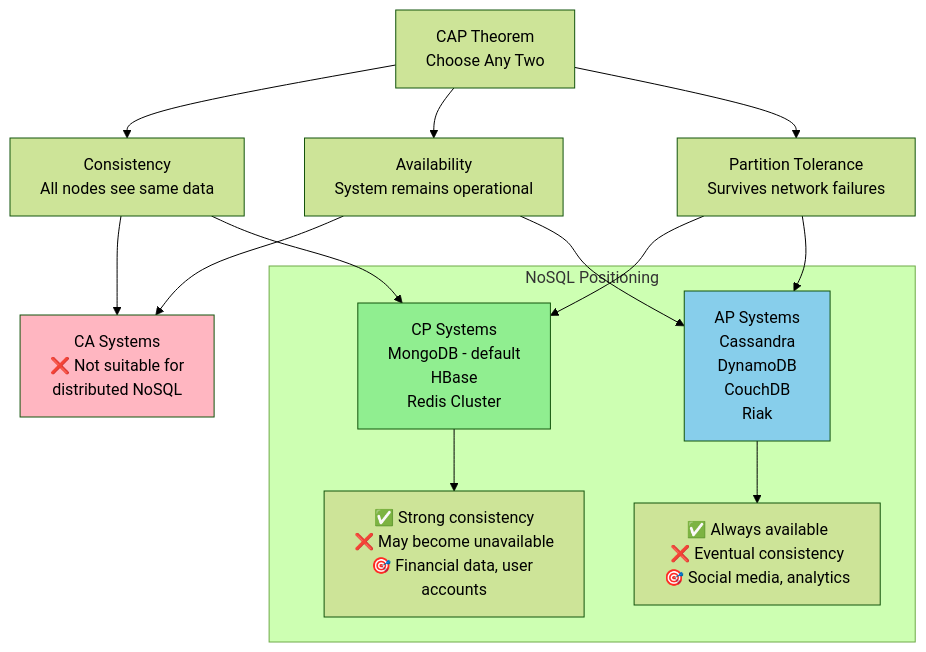
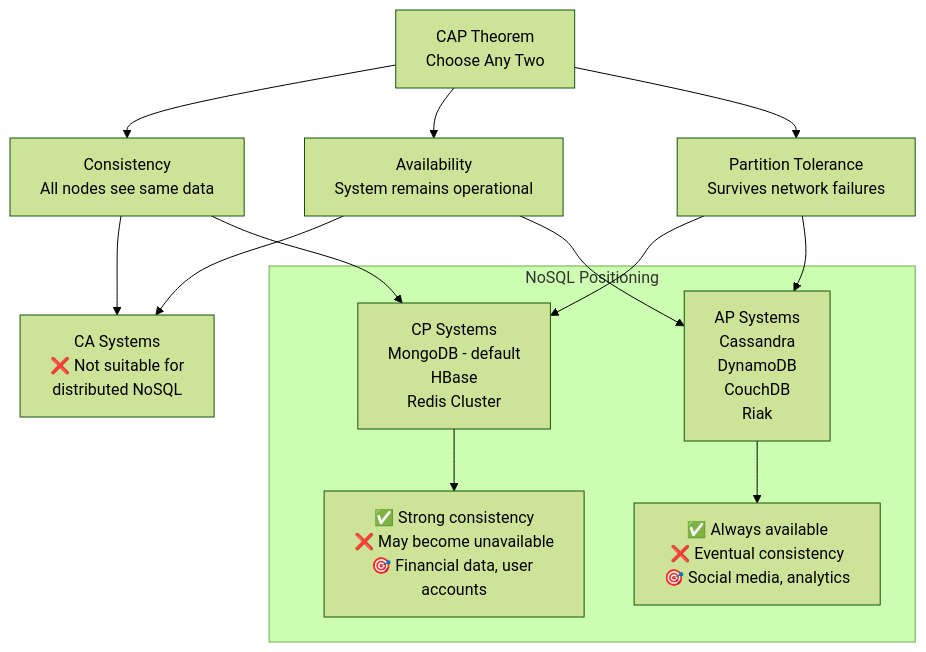
One commit to Ritahchanger/system_design changed diagram 11 of 15 in databases/docs/nosql.md. Above: the diagram before and after it, drawn with Mermaid (forest theme). The commit also changed other lines of this file and 5 other files, not shown here.

Commit message:
Updated visual diagrams and added readme for database case studies

````diff
--- a/databases/docs/nosql.md
+++ b/databases/docs/nosql.md
@@ -490,20 +468,18 @@
 ```mermaid
 graph TD
     CAP[CAP Theorem<br/>Choose Any Two] --> C[Consistency<br/>All nodes see same data]
     CAP --> A[Availability<br/>System remains operational]
     CAP --> P[Partition Tolerance<br/>Survives network failures]
     
     C & A --> CA[CA Systems<br/>❌ Not suitable for<br/>distributed NoSQL]
     C & P --> CP[CP Systems<br/>MongoDB - default<br/>HBase<br/>Redis Cluster]
     A & P --> AP[AP Systems<br/>Cassandra<br/>DynamoDB<br/>CouchDB<br/>Riak]
     
     subgraph "NoSQL Positioning"
         CP --> CPChar[✅ Strong consistency<br/>❌ May become unavailable<br/>🎯 Financial data, user accounts]
         AP --> APChar[✅ Always available<br/>❌ Eventual consistency<br/>🎯 Social media, analytics]
     end
     
-    style CP fill:#90EE90
-    style AP fill:#87CEEB
-    style CA fill:#FFB6C1
+  
 
 ```
````
